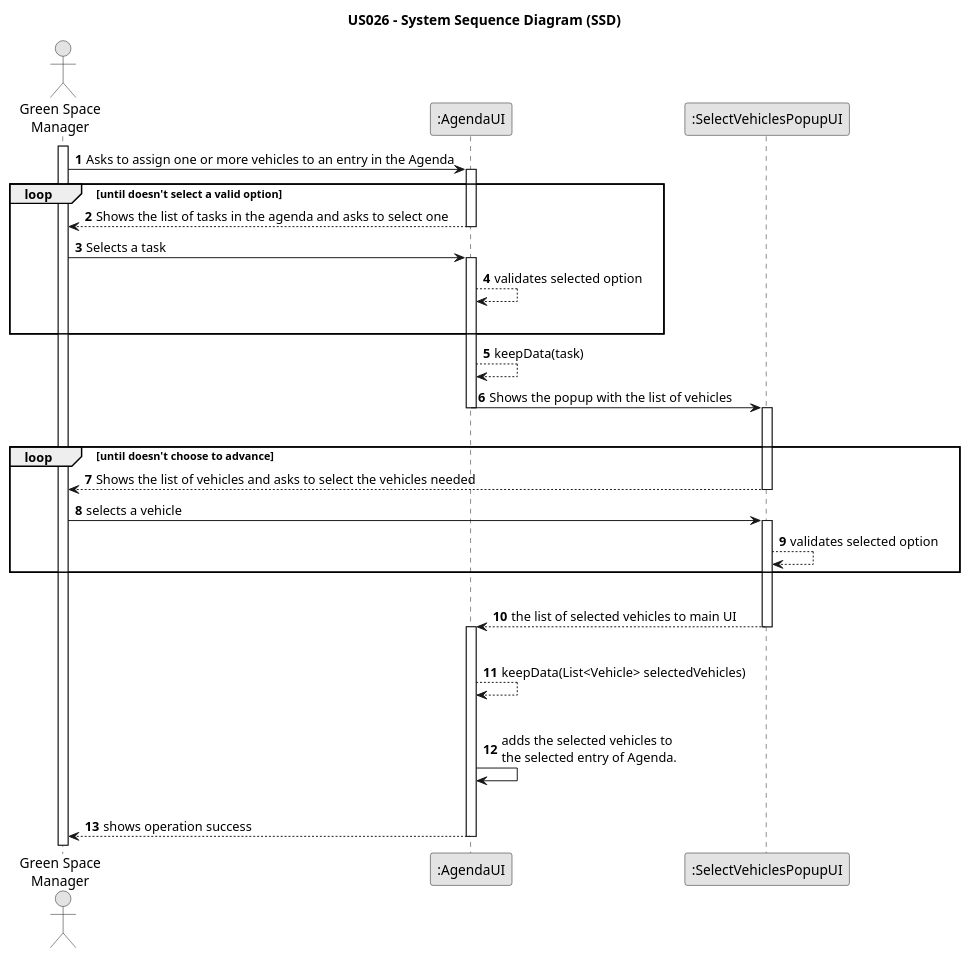
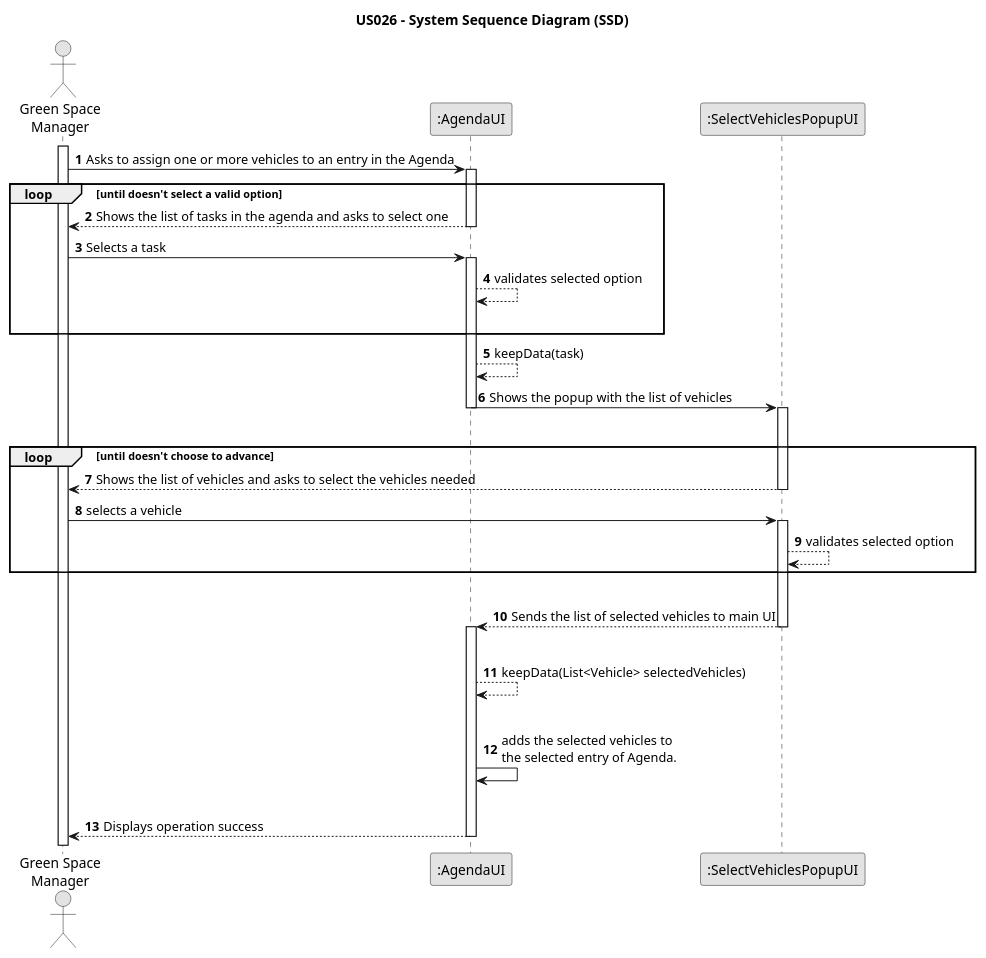
The diagram in docs/sprintC/us026/01.requirements-engineering/puml/us026-system-sequence-diagram.puml (Rui-San/LAPR2_2023_2024), drawn with PlantUML before and after one commit. The commit also changed 11 other files, not shown here.

```diff
--- a/docs/sprintC/us026/01.requirements-engineering/puml/us026-system-sequence-diagram.puml
+++ b/docs/sprintC/us026/01.requirements-engineering/puml/us026-system-sequence-diagram.puml
@@ -1,59 +1,59 @@
 @startuml
 skinparam monochrome true
 skinparam packageStyle rectangle
 skinparam shadowing false
 
 title US026 - System Sequence Diagram (SSD)
 
 autonumber
 
 
 actor "Green Space\nManager" as GSM
 participant ":AgendaUI" as UI
 participant ":SelectVehiclesPopupUI" as POPUP
 
 activate GSM
 
 GSM -> UI: Asks to assign one or more vehicles to an entry in the Agenda
 activate UI
 
     loop until doesn't select a valid option
 
     UI --> GSM: Shows the list of tasks in the agenda and asks to select one
 deactivate UI
 
 GSM -> UI : Selects a task
 activate UI
 UI --> UI : validates selected option
 |||
 end loop
 
     UI --> UI : keepData(task)
 
     UI -> POPUP : Shows the popup with the list of vehicles
     deactivate UI
     activate POPUP
     |||
     loop until doesn't choose to advance
     POPUP --> GSM: Shows the list of vehicles and asks to select the vehicles needed
 deactivate POPUP
 
 GSM -> POPUP : selects a vehicle
 activate POPUP
 POPUP --> POPUP : validates selected option
 end loop
 |||
-POPUP --> UI : the list of selected vehicles to main UI
+POPUP --> UI : Sends the list of selected vehicles to main UI
 deactivate POPUP
 activate UI
     |||
     UI --> UI : keepData(List<Vehicle> selectedVehicles)
     |||
     UI -> UI : adds the selected vehicles to\nthe selected entry of Agenda.
     |||
 
 
-    UI --> GSM: shows operation success
+    UI --> GSM: Displays operation success
 deactivate UI
 
 @enduml
```
